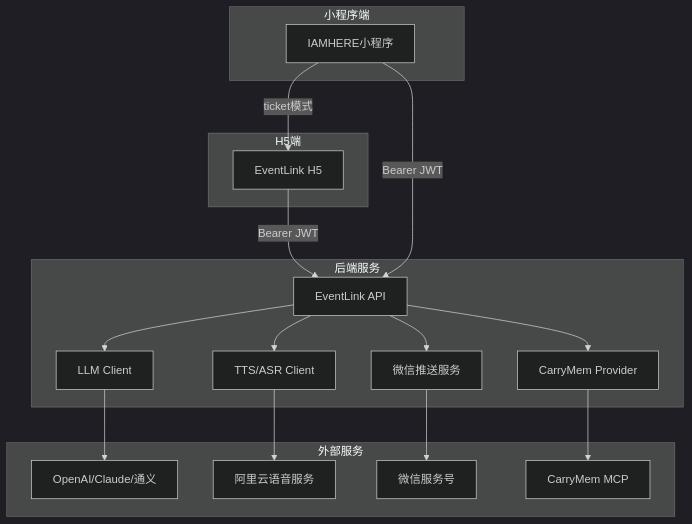
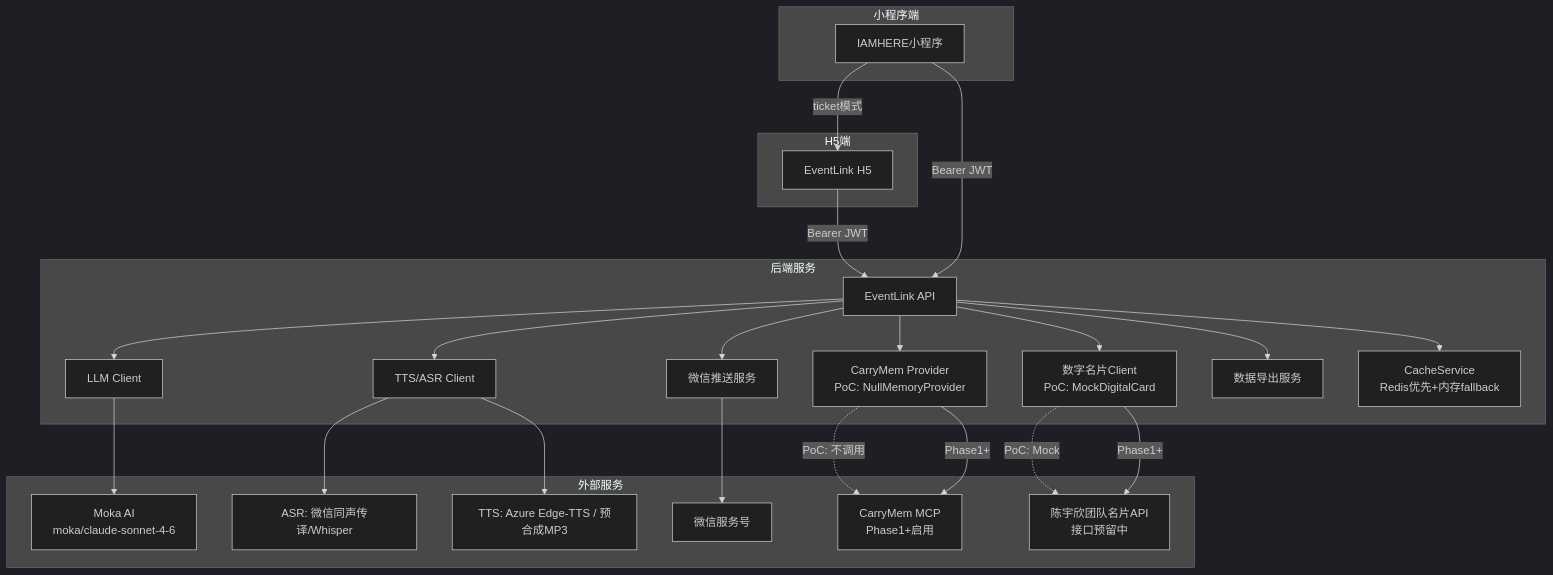
Before and after one commit to lulin70/PromiseLink: the first of 4 diagrams in docs/design/Integration_Design_v1.md, drawn with Mermaid (dark theme). The commit also changed other lines of this file and 10 other files, not shown here.

````diff
--- a/docs/design/Integration_Design_v1.md
+++ b/docs/design/Integration_Design_v1.md
@@ -41,34 +46,46 @@
 ```mermaid
 graph TB
     subgraph 小程序端
         MP[IAMHERE小程序]
     end
     subgraph H5端
         H5[EventLink H5]
     end
     subgraph 后端服务
         API[EventLink API]
         LLM[LLM Client]
         TTS[TTS/ASR Client]
         WX[微信推送服务]
-        CM[CarryMem Provider]
+        CM[CarryMem Provider<br/>PoC: NullMemoryProvider]
+        DC[数字名片Client<br/>PoC: MockDigitalCard]
+        EXPORT[数据导出服务]
+        CACHE[CacheService<br/>Redis优先+内存fallback]
     end
     subgraph 外部服务
-        OPENAI[OpenAI/Claude/通义]
-        ALIYUN[阿里云语音服务]
+        MOKA[Moka AI<br/>moka/claude-sonnet-4-6]
+        ASR_P[ASR: 微信同声传译/Whisper]
+        TTS_P[TTS: Azure Edge-TTS / 预合成MP3]
         WECHAT[微信服务号]
-        CARRYMEM[CarryMem MCP]
+        CARRYMEM[CarryMem MCP<br/>Phase1+启用]
+        CARD_API[陈宇欣团队名片API<br/>接口预留中]
     end
 
     MP -->|ticket模式| H5
     H5 -->|Bearer JWT| API
     MP -->|Bearer JWT| API
     API --> LLM
     API --> TTS
     API --> WX
     API --> CM
-    LLM --> OPENAI
-    TTS --> ALIYUN
+    API --> DC
+    API --> EXPORT
+    API --> CACHE
+    LLM --> MOKA
+    TTS --> ASR_P
+    TTS --> TTS_P
     WX --> WECHAT
-    CM --> CARRYMEM
+    CM -.->|PoC: 不调用| CARRYMEM
+    CM -->|Phase1+| CARRYMEM
+    DC -.->|PoC: Mock| CARD_API
+    DC -->|Phase1+| CARD_API
 ```
````
